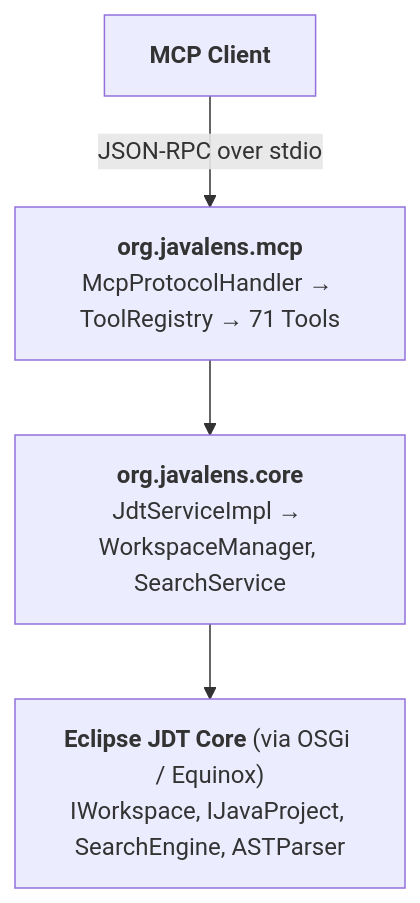
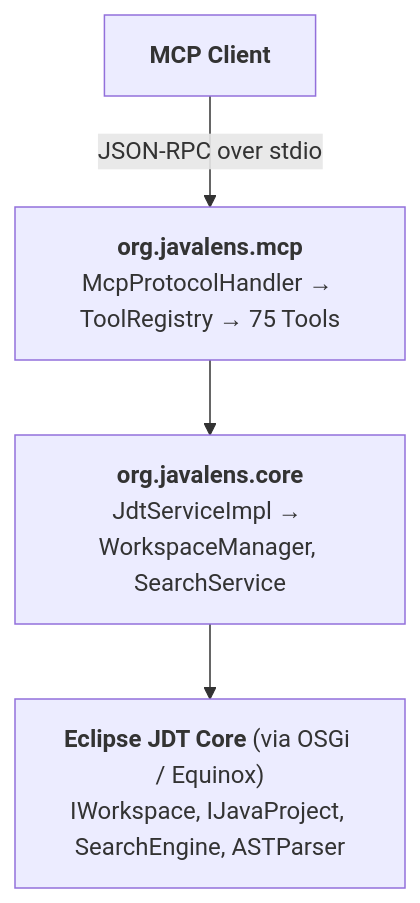
The diagram in README.md (kimhpedersen/javalens-mcp), drawn with Mermaid before and after one commit. The commit also changed other lines of this file and 15 other files, not shown here.

````diff
--- a/README.md
+++ b/README.md
@@ -437,11 +443,11 @@
 ```mermaid
 flowchart TD
     Client["<b>MCP Client</b>"]
-    MCP["<b>org.javalens.mcp</b><br/>McpProtocolHandler → ToolRegistry → 71 Tools"]
+    MCP["<b>org.javalens.mcp</b><br/>McpProtocolHandler → ToolRegistry → 75 Tools"]
     Core["<b>org.javalens.core</b><br/>JdtServiceImpl → WorkspaceManager, SearchService"]
     JDT["<b>Eclipse JDT Core</b> (via OSGi / Equinox)<br/>IWorkspace, IJavaProject, SearchEngine, ASTParser"]
 
     Client -->|"JSON-RPC over stdio"| MCP
     MCP --> Core
     Core --> JDT
 ```
````
